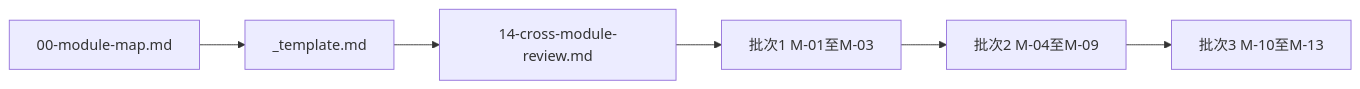
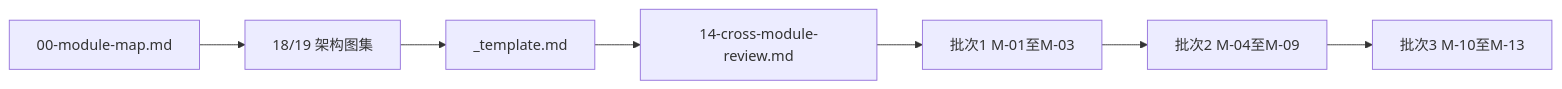
The first of 3 diagrams in docs/40-modules/README.md (Xeonice/cordis-ppt-editor), drawn with Mermaid before and after one commit. The commit also changed other lines of this file and 22 other files, not shown here.

First line of the commit message:
docs(modules): 新增架构图集 18/19，补图并按 §4.18 回写模块设计线

````diff
--- a/docs/40-modules/README.md
+++ b/docs/40-modules/README.md
@@ -27,8 +28,9 @@
 ```mermaid
 flowchart LR
-s1["00-module-map.md"] --> s2["_template.md"]
+s1["00-module-map.md"] --> s7["18/19 架构图集"]
+s7 --> s2["_template.md"]
 s2 --> s3["14-cross-module-review.md"]
 s3 --> s4["批次1 M-01至M-03"]
 s4 --> s5["批次2 M-04至M-09"]
 s5 --> s6["批次3 M-10至M-13"]
 ```
````
